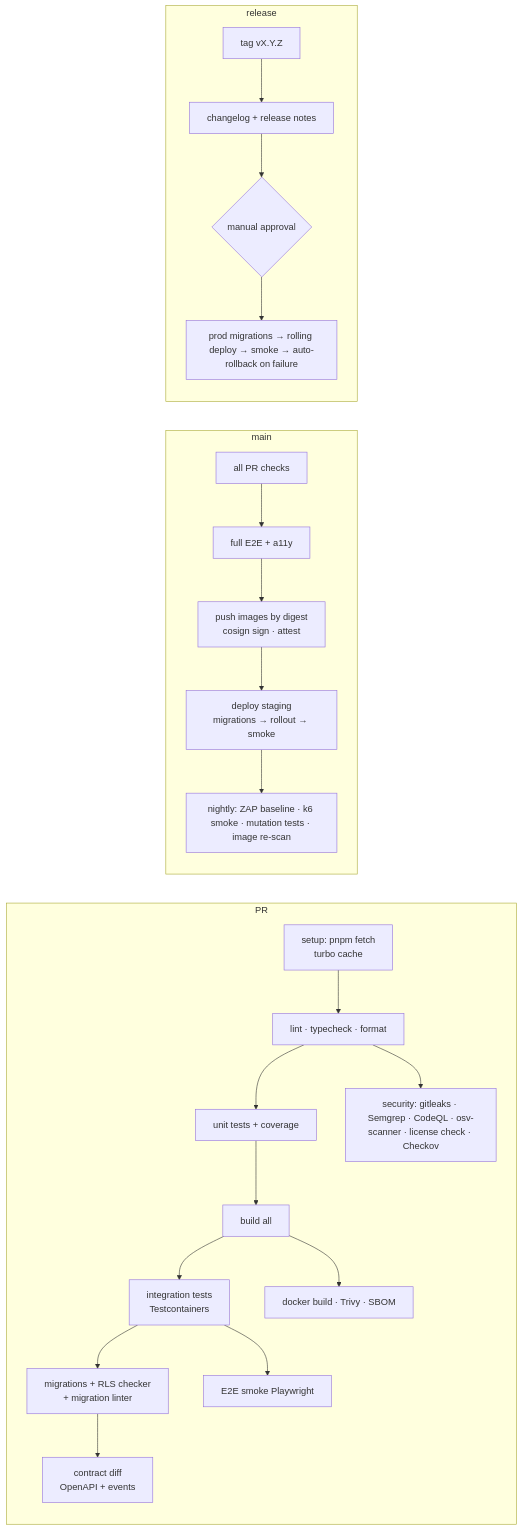
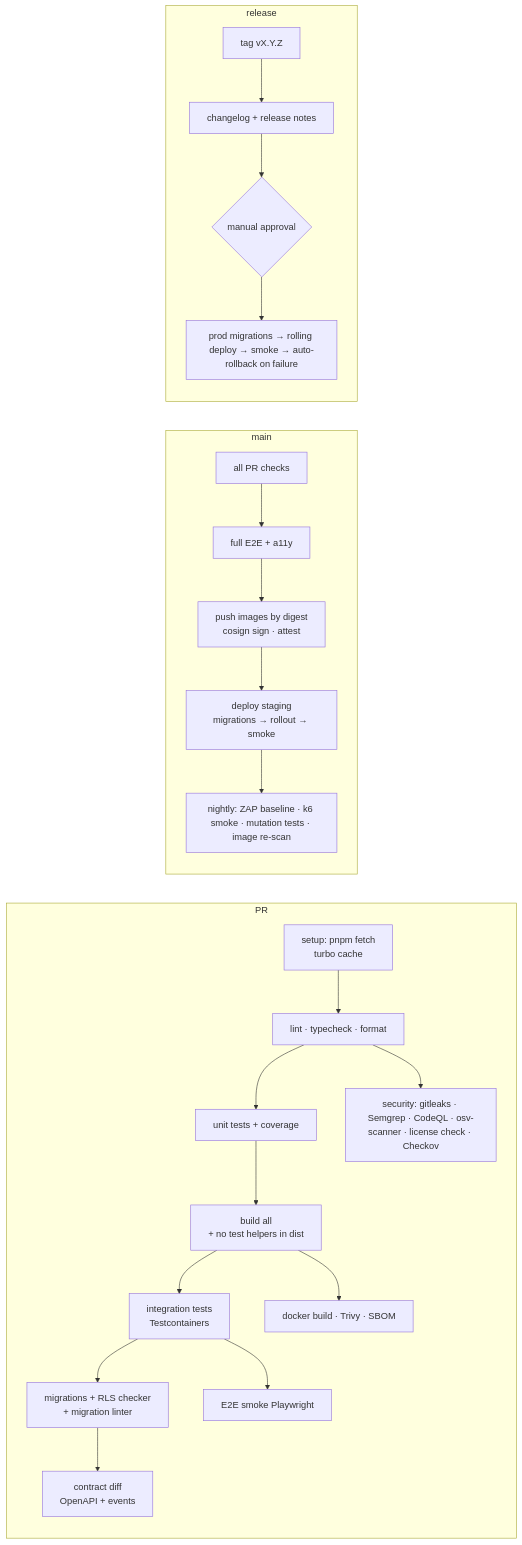
One commit to w1t3ack3r/univarse changed the diagram in docs/13-ci-cd-and-workflow.md. Above: the diagram before and after it, drawn with Mermaid. The commit also changed 2 other files, not shown here.

Commit message:
chore(api): keep test helpers out of the production build (#15)
tsconfig.build.json only excluded *.spec.ts / *.int.spec.ts, so
src/testing/ (int-harness, mfa-helpers — which inserts confirmed TOTP
factors straight into the DB — and global-setup) was compiled into
dist/ and shipped in the image, against CLAUDE.md invariant 8.

- Exclude src/testing/** from the API build. Nothing outside src/testing
  and *.spec.ts imports it; vitest still runs the helpers from source.
- CI: fail the build-test job if apps/api/dist/testing exists after
  `pnpm build`.
- docs/13 §3: note the check on the build step.

````diff
--- a/docs/13-ci-cd-and-workflow.md
+++ b/docs/13-ci-cd-and-workflow.md
@@ -19,25 +19,25 @@
 ```mermaid
 flowchart LR
   subgraph PR
     A[setup: pnpm fetch<br/>turbo cache] --> B[lint · typecheck · format]
     B --> C[unit tests + coverage]
-    C --> D[build all]
+    C --> D[build all<br/>+ no test helpers in dist]
     D --> E[integration tests<br/>Testcontainers]
     E --> F[migrations + RLS checker<br/>+ migration linter]
     F --> G[contract diff<br/>OpenAPI + events]
     B --> H[security: gitleaks · Semgrep · CodeQL · osv-scanner · license check · Checkov]
     D --> I[docker build · Trivy · SBOM]
     E --> J[E2E smoke Playwright]
   end
   subgraph main
     K[all PR checks] --> L[full E2E + a11y]
     L --> M[push images by digest<br/>cosign sign · attest]
     M --> N[deploy staging<br/>migrations → rollout → smoke]
     N --> O[nightly: ZAP baseline · k6 smoke · mutation tests · image re-scan]
   end
   subgraph release
     P[tag vX.Y.Z] --> Q[changelog + release notes]
     Q --> R{manual approval}
     R --> S[prod migrations → rolling deploy → smoke → auto-rollback on failure]
   end
 ```
````
